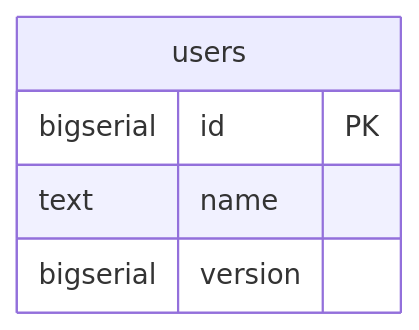
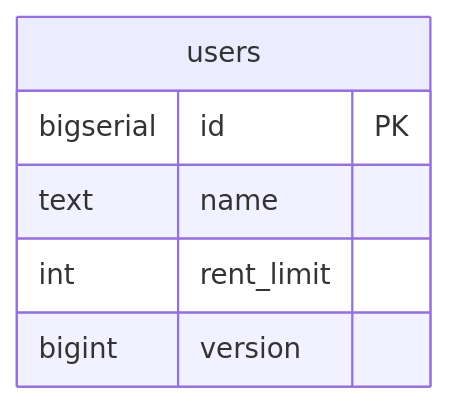
Before and after one commit to turtton/kmnlib: the first of 3 diagrams in kmnlib_back/README.md, drawn with Mermaid. The commit also changed other lines of this file and 18 other files, not shown here.

````diff
--- a/kmnlib_back/README.md
+++ b/kmnlib_back/README.md
@@ -15,8 +15,9 @@
 ```mermaid
 erDiagram
     users {
         bigserial id "PK"
         text name
-        bigserial version
+        int rent_limit
+        bigint version
     }
 ```
````
